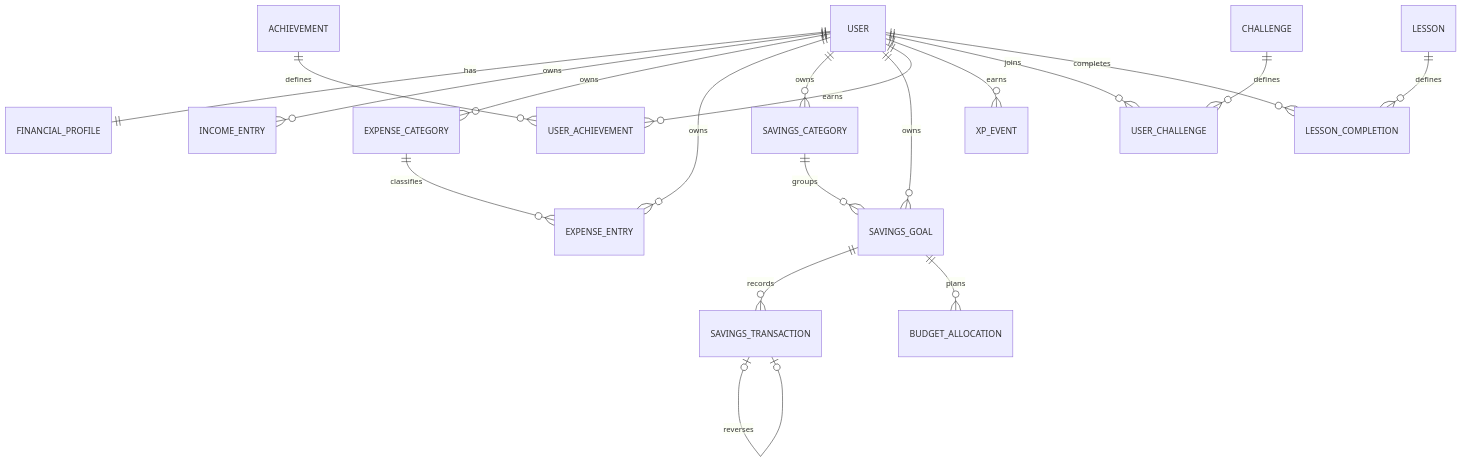
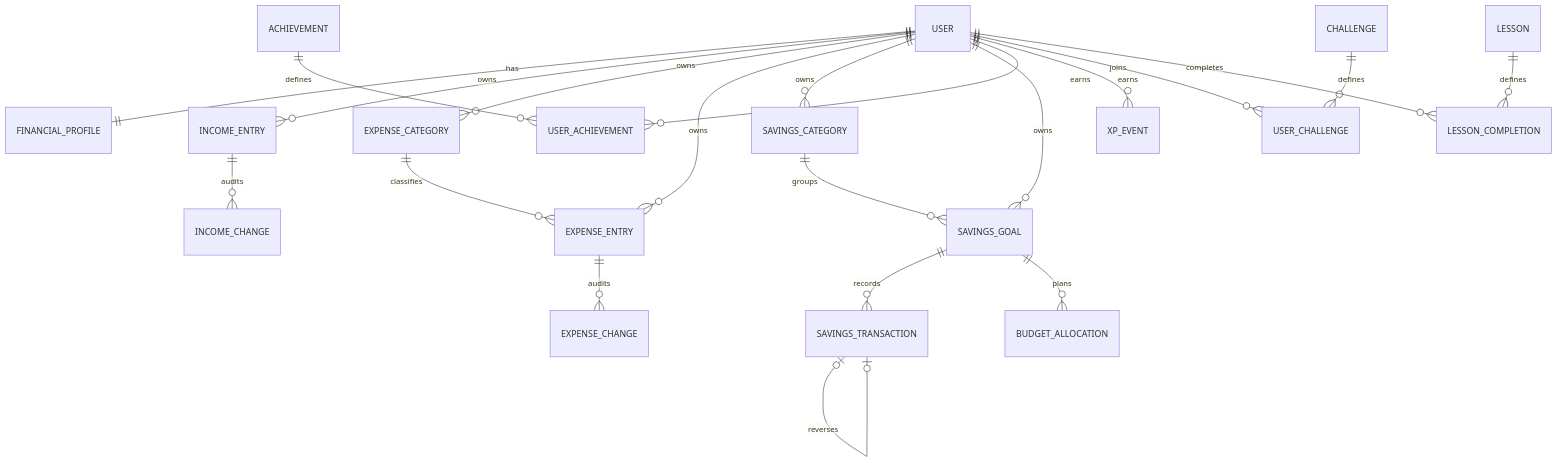
One commit to kamleshFeuji/Finance_Handler changed the diagram in docs/DATABASE.md. Above: the diagram before and after it, drawn with Mermaid. The commit also changed other lines of this file and 50 other files, not shown here.

````diff
--- a/docs/DATABASE.md
+++ b/docs/DATABASE.md
@@ -9,21 +15,23 @@
 ```mermaid
 erDiagram
     USER ||--|| FINANCIAL_PROFILE : has
     USER ||--o{ INCOME_ENTRY : owns
+    INCOME_ENTRY ||--o{ INCOME_CHANGE : audits
     USER ||--o{ EXPENSE_CATEGORY : owns
     USER ||--o{ EXPENSE_ENTRY : owns
+    EXPENSE_ENTRY ||--o{ EXPENSE_CHANGE : audits
     EXPENSE_CATEGORY ||--o{ EXPENSE_ENTRY : classifies
     USER ||--o{ SAVINGS_CATEGORY : owns
     USER ||--o{ SAVINGS_GOAL : owns
     SAVINGS_CATEGORY ||--o{ SAVINGS_GOAL : groups
     SAVINGS_GOAL ||--o{ SAVINGS_TRANSACTION : records
     SAVINGS_TRANSACTION o|--o| SAVINGS_TRANSACTION : reverses
     SAVINGS_GOAL ||--o{ BUDGET_ALLOCATION : plans
     USER ||--o{ USER_ACHIEVEMENT : earns
     ACHIEVEMENT ||--o{ USER_ACHIEVEMENT : defines
     USER ||--o{ XP_EVENT : earns
     USER ||--o{ USER_CHALLENGE : joins
     CHALLENGE ||--o{ USER_CHALLENGE : defines
     USER ||--o{ LESSON_COMPLETION : completes
     LESSON ||--o{ LESSON_COMPLETION : defines
 ```
````
